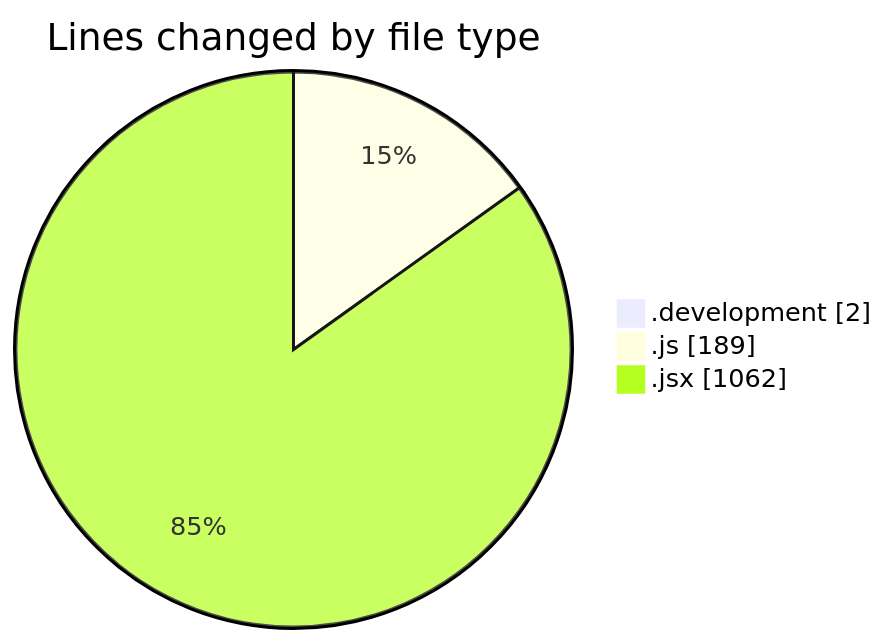
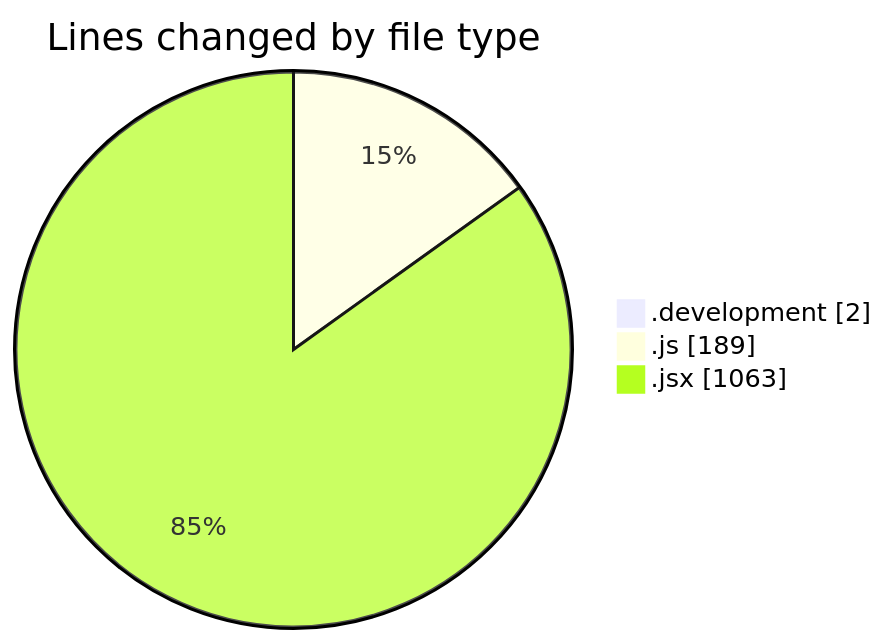
The first of 2 diagrams in 2025-11-10/nxtqube_webapp/README.md (nxtqubesakshisongat/code-tracking), drawn with Mermaid before and after one commit. The commit also changed other lines of this file and 1 other file, not shown here.

````diff
--- a/2025-11-10/nxtqube_webapp/README.md
+++ b/2025-11-10/nxtqube_webapp/README.md
@@ -24,7 +24,7 @@
 ```mermaid
 pie showData
 title Lines changed by file type
 ".development" : 2
 ".js" : 189
-".jsx" : 1062
+".jsx" : 1063
 ```
````
